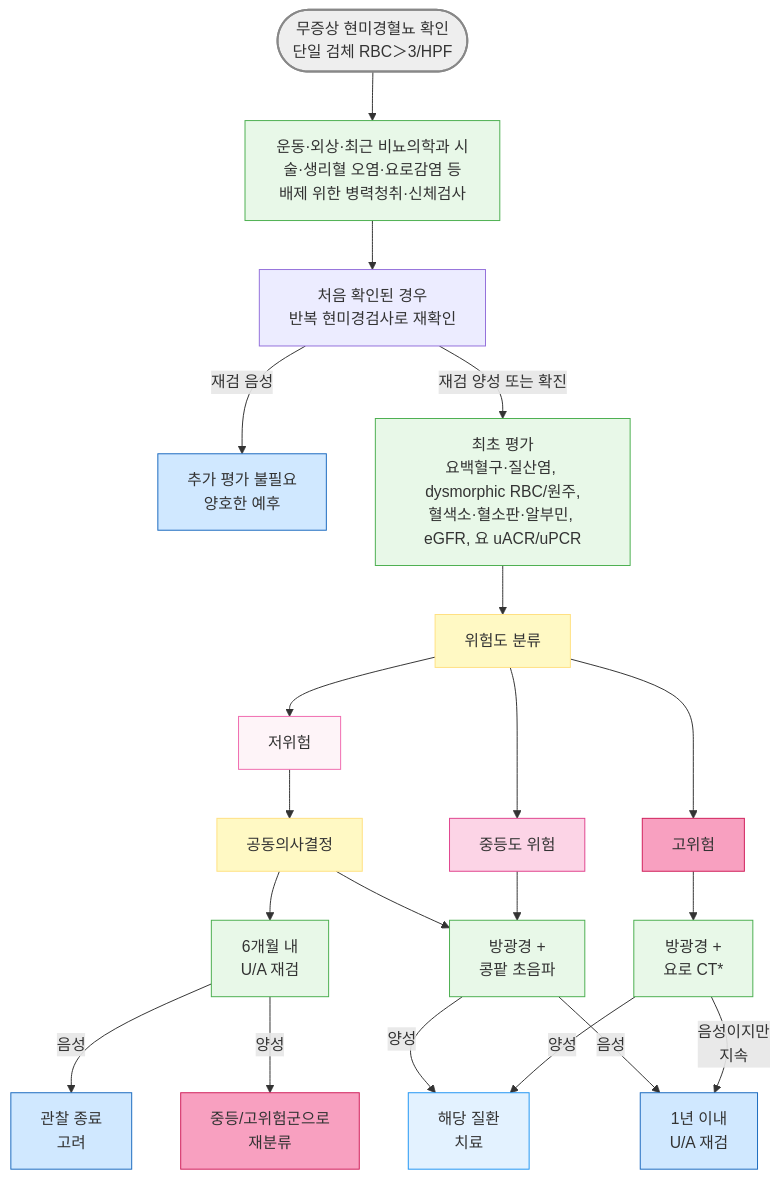
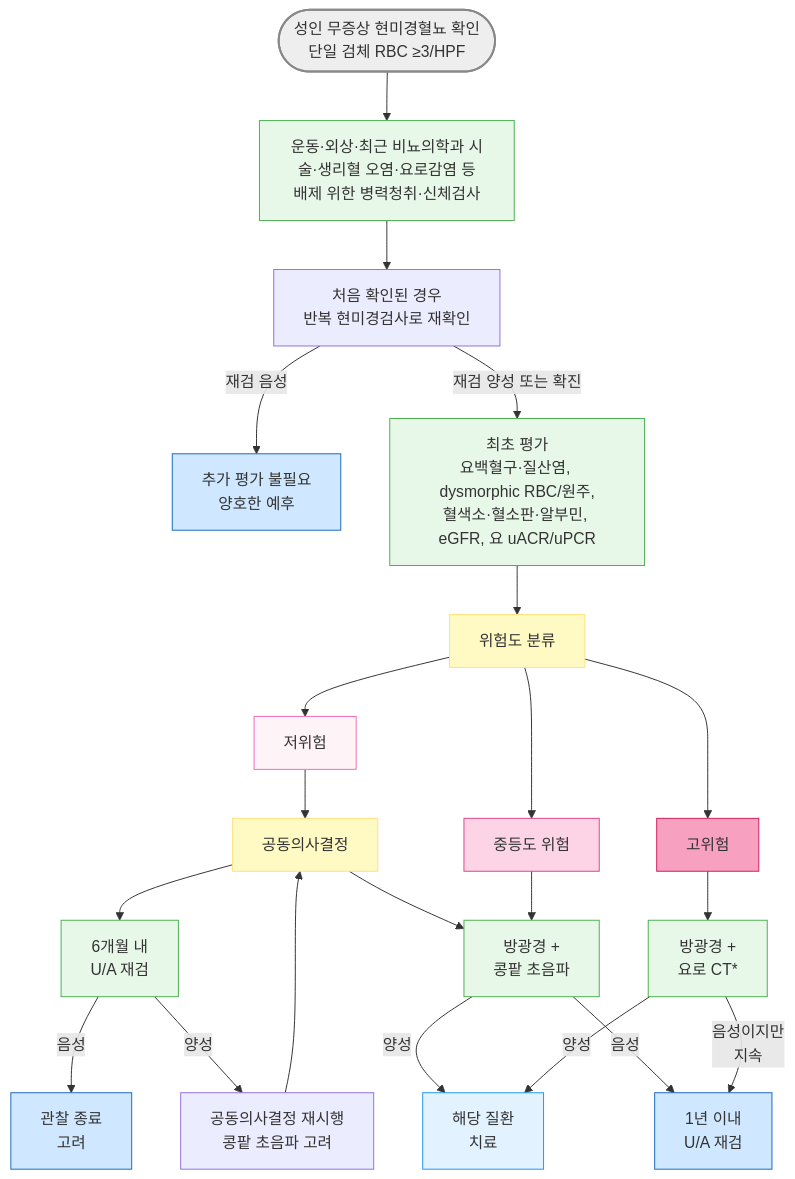
One commit to familyoh77/familyoh77 changed the diagram in 227_/110_-hematuria.md. Above: the diagram before and after it, drawn with Mermaid. The commit also changed other lines of this file, not shown here.

````diff
--- a/227_/110_-hematuria.md
+++ b/227_/110_-hematuria.md
@@ -144,38 +150,38 @@
 ```mermaid
 graph TD
-    A([무증상 현미경혈뇨 확인<br>단일 검체 RBC＞3/HPF]) --> B[운동·외상·최근 비뇨의학과 시술·생리혈 오염·요로감염 등<br>배제 위한 병력청취·신체검사]
+    A([성인 무증상 현미경혈뇨 확인<br>단일 검체 RBC ≥3/HPF]) --> B[운동·외상·최근 비뇨의학과 시술·생리혈 오염·요로감염 등<br>배제 위한 병력청취·신체검사]
     B --> C[처음 확인된 경우<br>반복 현미경검사로 재확인]
     C -->|재검 음성| C1[추가 평가 불필요<br>양호한 예후]
     C -->|재검 양성 또는 확진| D0[최초 평가<br>요백혈구·질산염, dysmorphic RBC/원주,<br>혈색소·혈소판·알부민, eGFR, 요 uACR/uPCR]
     D0 --> D[위험도 분류]
     D --> E[저위험]
     D --> F[중등도 위험]
     D --> G[고위험]
 
     E --> E1[공동의사결정]
     E1 --> E2[6개월 내 <br>U/A 재검]
     E1 --> CYS[방광경 + <br>콩팥 초음파]
     E2 -->|음성| E4[관찰 종료 <br>고려]
-    E2 -->|양성| G0[중등/고위험군으로<br> 재분류]
+    E2 -->|양성| E3[공동의사결정 재시행<br>콩팥 초음파 고려]
+    E3 --> E1
     F --> CYS
     CYS -->|양성| H1[해당 질환 <br>치료]
     CYS -->|음성| F2[1년 이내 <br>U/A 재검]
 
     G --> G1[방광경 + <br>요로 CT*]
     G1 -->|양성| H1
     G1 -->|음성이지만 <br>지속| F2
 
 style A fill:#eeeeee,stroke:#888888,stroke-width:2px
 classDef lightGreen fill:#e8f8e8,stroke:#4caf50
 class B,D0,E2,E4,CYS,G1 lightGreen
 classDef blue fill:#d0e8ff,stroke:#1a6abf
 class C1,E4,F2 blue
 classDef sky fill:#e3f2ff,stroke:#2196f3
 class H1 sky
 classDef yellow fill:#fff9c4,stroke:#ffe082
 class E1,D yellow
 style E fill:#fef4f8,stroke:#f06baf
 style F fill:#fcd4e6,stroke:#e0448e
 style G fill:#f8a0c0,stroke:#d01f5a
-style G0 fill:#f8a0c0,stroke:#d01f5a
 ```
````
